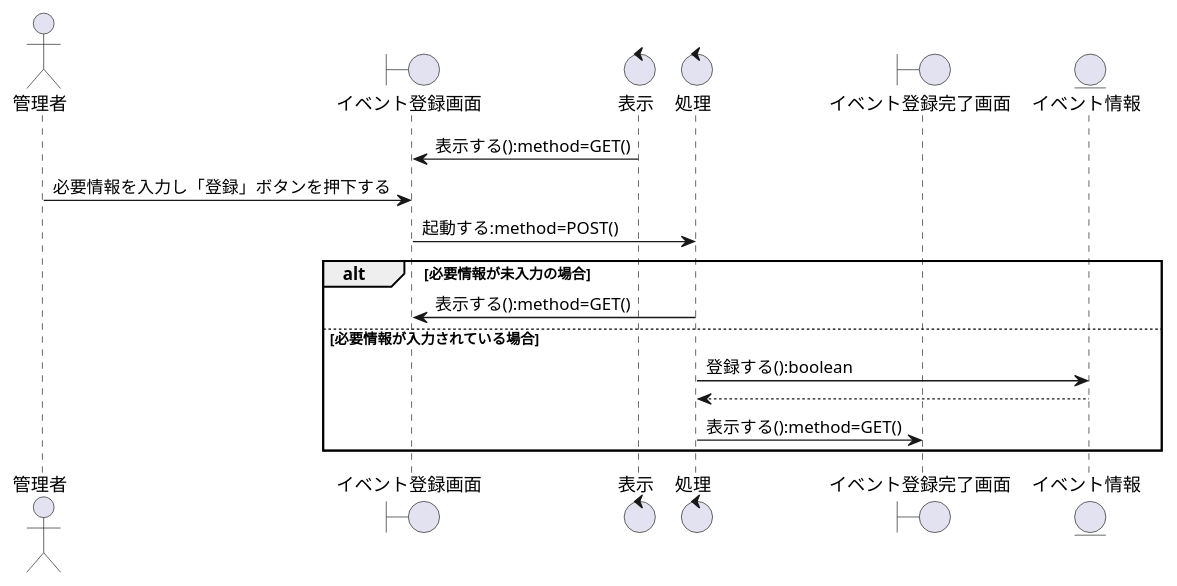
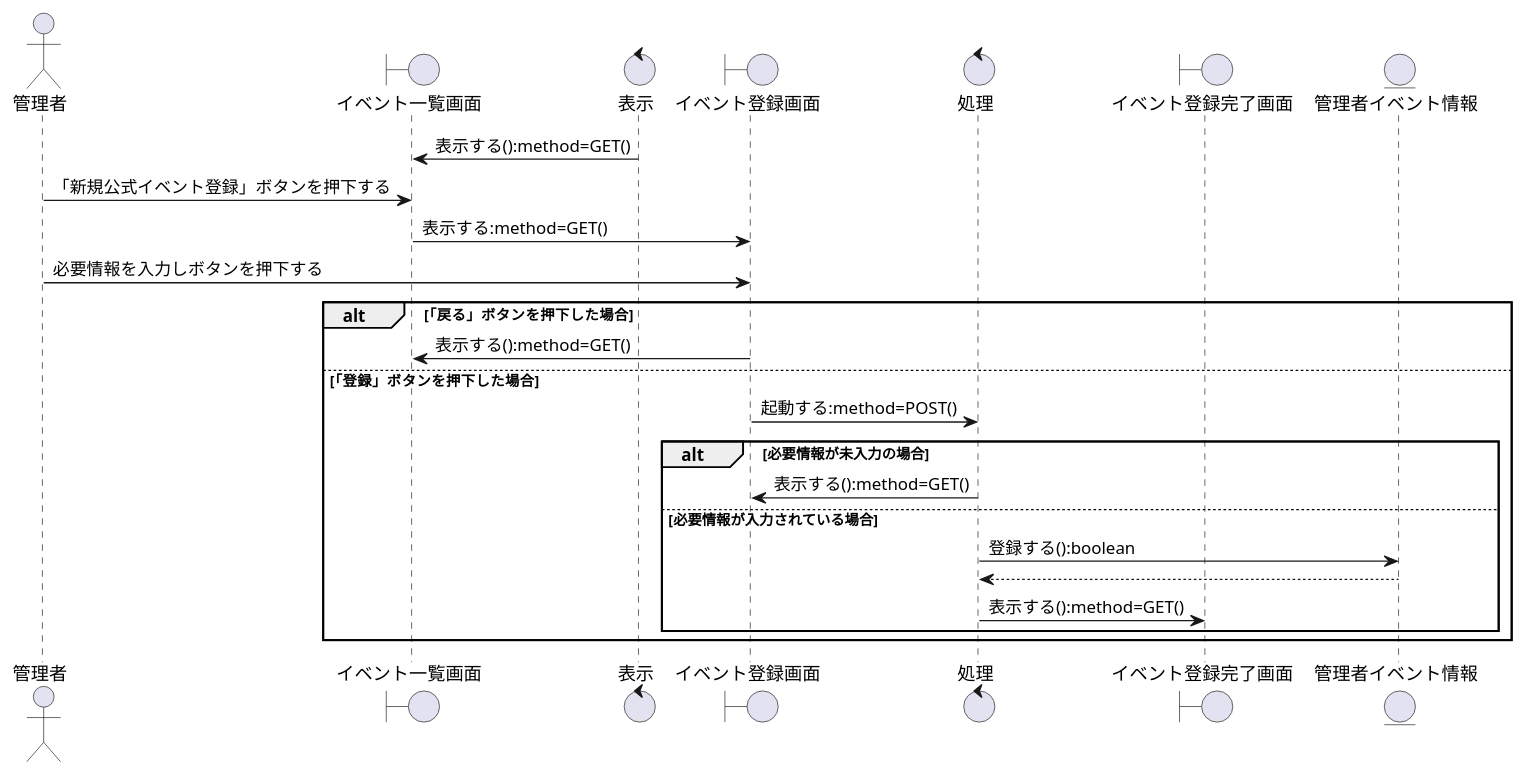
The diagram in お城/お城/設計書/シーケンス図/管理者/イベント情報機能/シーケンス図_管理者がイベント情報を登録する.pu (K-Rinrin/GroupE), drawn with PlantUML before and after one commit. The commit also changed 9 other files, not shown here.

```diff
--- a/お城/お城/設計書/シーケンス図/管理者/イベント情報機能/シーケンス図_管理者がイベント情報を登録する.pu
+++ b/お城/お城/設計書/シーケンス図/管理者/イベント情報機能/シーケンス図_管理者がイベント情報を登録する.pu
@@ -1,30 +1,41 @@
 @startuml 管理者がイベント情報を登録する
 
 
 ' ========================================
 ' 登場モノの定義
 ' ========================================
 actor "管理者" as Admin
-boundary "イベント登録画面" as b1
+boundary "イベント一覧画面" as b1
 control "表示" as c1
+boundary "イベント登録画面" as b2
 control "処理" as c2
-boundary "イベント登録完了画面" as b2
-entity "イベント情報" as e1
+boundary "イベント登録完了画面" as b3
+entity "管理者イベント情報" as e1
 
 ' ========================================
 ' シーケンスの流れ
 ' ========================================
 
 c1 -> b1 : 表示する():method=GET()
-Admin -> b1 : 必要情報を入力し「登録」ボタンを押下する
-b1 -> c2 : 起動する:method=POST()
+Admin -> b1 : 「新規公式イベント登録」ボタンを押下する
+b1 -> b2 : 表示する:method=GET()
 
-alt 必要情報が未入力の場合
-    c2 -> b1 : 表示する():method=GET()
-else 必要情報が入力されている場合
-    c2 -> e1 : 登録する():boolean
-    e1 --> c2
-    c2 -> b2 : 表示する():method=GET()
+Admin -> b2 : 必要情報を入力しボタンを押下する
+
+
+alt 「戻る」ボタンを押下した場合
+    b2 -> b1 : 表示する():method=GET()
+
+else 「登録」ボタンを押下した場合
+    b2 -> c2 : 起動する:method=POST()
+
+    alt 必要情報が未入力の場合
+        c2 -> b2 : 表示する():method=GET()
+    else 必要情報が入力されている場合
+        c2 -> e1 : 登録する():boolean
+        e1 --> c2
+        c2 -> b3 : 表示する():method=GET()
+    end
 end
 
 @enduml
```
